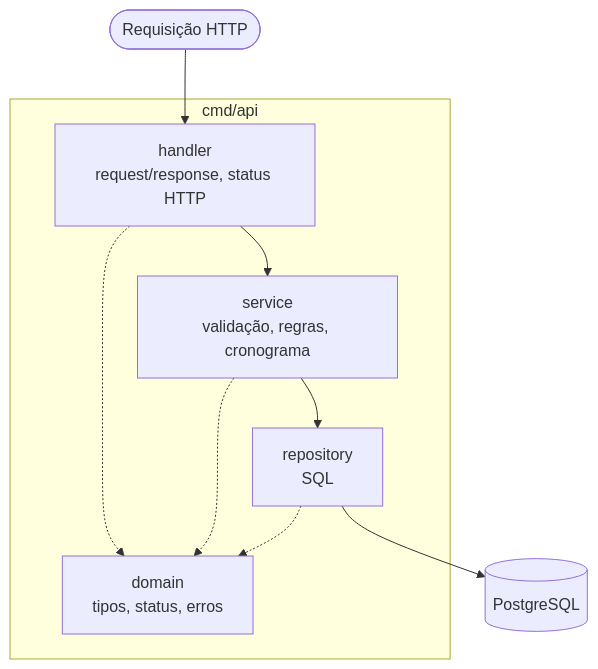
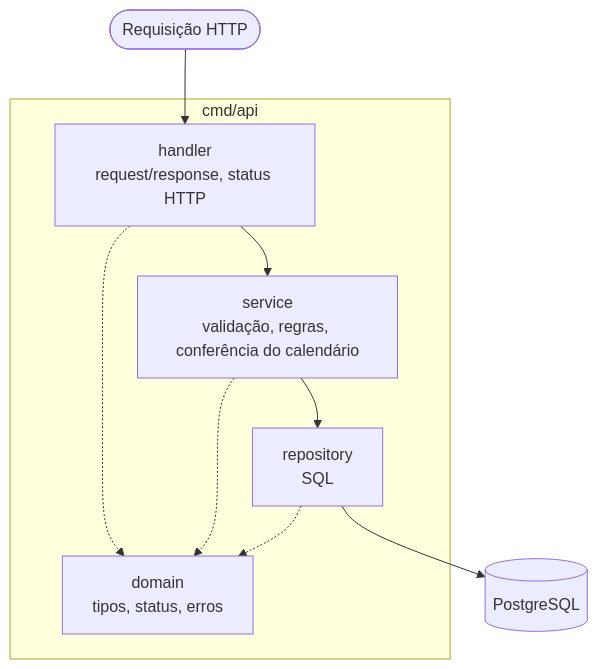
Before and after one commit to unicsul-finops/financial-operations-service: the second of 5 diagrams in docs/architecture/diagrams/README.md, drawn with Mermaid. The commit also changed other lines of this file and 5 other files, not shown here.

````diff
--- a/docs/architecture/diagrams/README.md
+++ b/docs/architecture/diagrams/README.md
@@ -19,14 +20,14 @@
 ```mermaid
 flowchart TB
     HTTP([Requisição HTTP]) --> Handler
     subgraph api["cmd/api"]
         Handler["handler<br/>request/response, status HTTP"]
-        Service["service<br/>validação, regras, cronograma"]
+        Service["service<br/>validação, regras, conferência do calendário"]
         Repository["repository<br/>SQL"]
         Domain["domain<br/>tipos, status, erros"]
     end
     Handler --> Service --> Repository --> DB[(PostgreSQL)]
     Handler -.-> Domain
     Service -.-> Domain
     Repository -.-> Domain
 ```
````
